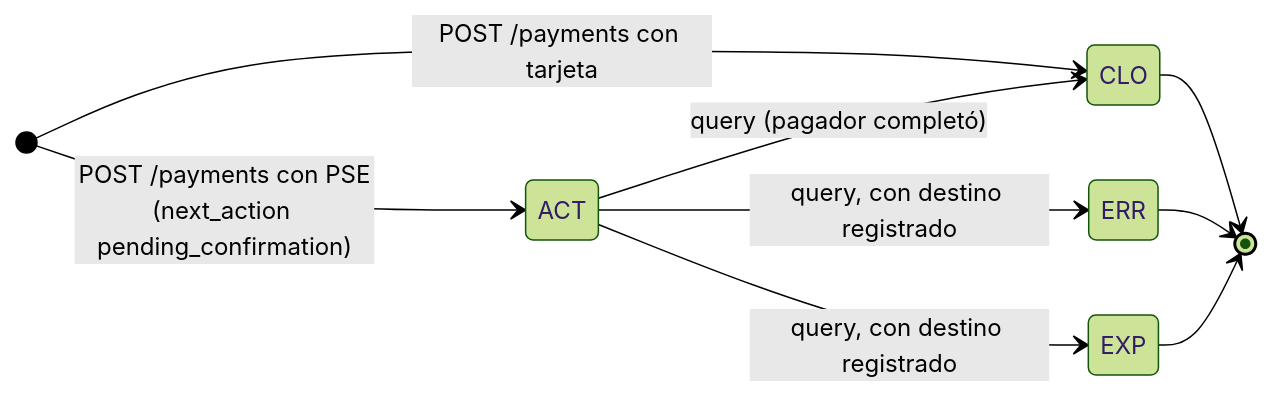
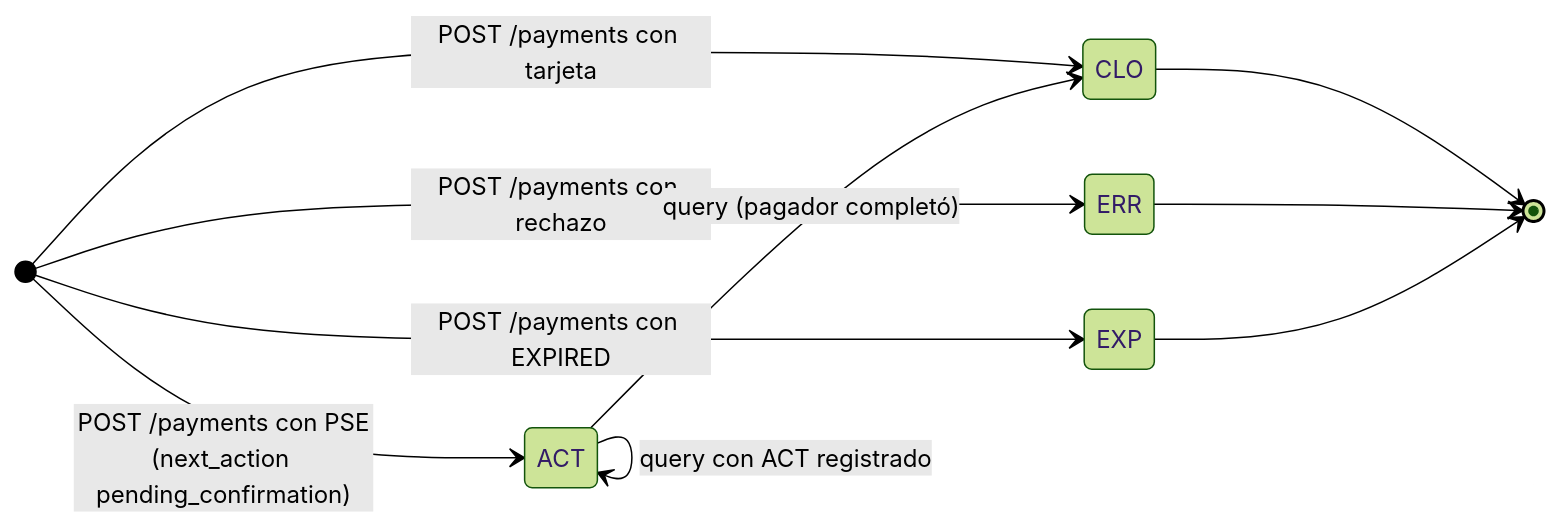
One commit to PurosBrothers/Kit-Pagos-Colombia---Tesis changed the third of 7 diagrams in docs/02-arquitectura/3-api-de-simulacion.md. Above: the diagram before and after it, drawn with Mermaid (forest theme). The commit also changed other lines of this file and 8 other files, not shown here.

````diff
--- a/docs/02-arquitectura/3-api-de-simulacion.md
+++ b/docs/02-arquitectura/3-api-de-simulacion.md
@@ -234,12 +260,13 @@
 ```mermaid
 stateDiagram-v2
     direction LR
     [*] --> ACT : POST /payments con PSE<br/>(next_action pending_confirmation)
     [*] --> CLO : POST /payments con tarjeta
+    [*] --> ERR : POST /payments con rechazo
+    [*] --> EXP : POST /payments con EXPIRED
     ACT --> CLO : query (pagador completó)
-    ACT --> ERR : query, con destino registrado
-    ACT --> EXP : query, con destino registrado
+    ACT --> ACT : query con ACT registrado
     CLO --> [*]
     ERR --> [*]
     EXP --> [*]
 ```
````
